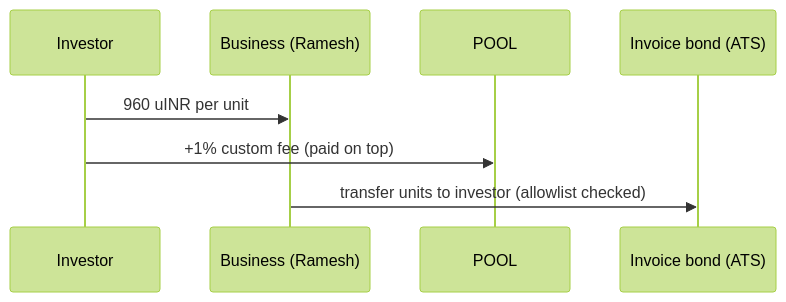
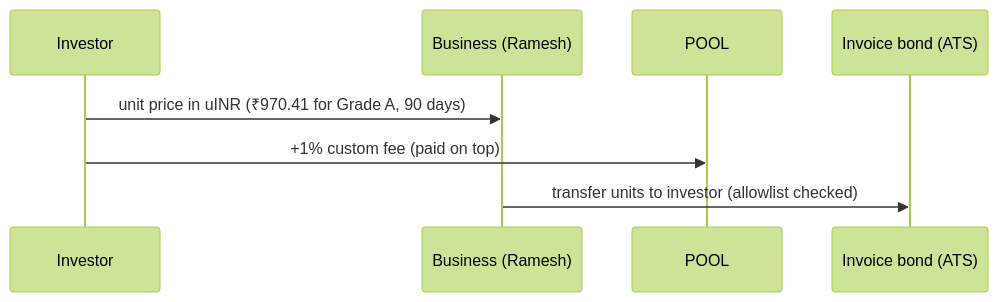
One commit to adityagavane47/Udhaar changed the second of 4 diagrams in README.md. Above: the diagram before and after it, drawn with Mermaid (forest theme). The commit also changed other lines of this file and 4 other files, not shown here.

````diff
--- a/README.md
+++ b/README.md
@@ -58,10 +130,10 @@
 ```mermaid
 sequenceDiagram
   participant I as Investor
   participant B as Business (Ramesh)
   participant P as POOL
   participant T as Invoice bond (ATS)
-  I->>B: 960 uINR per unit
+  I->>B: unit price in uINR (₹970.41 for Grade A, 90 days)
   I->>P: +1% custom fee (paid on top)
   B->>T: transfer units to investor (allowlist checked)
 ```
````
